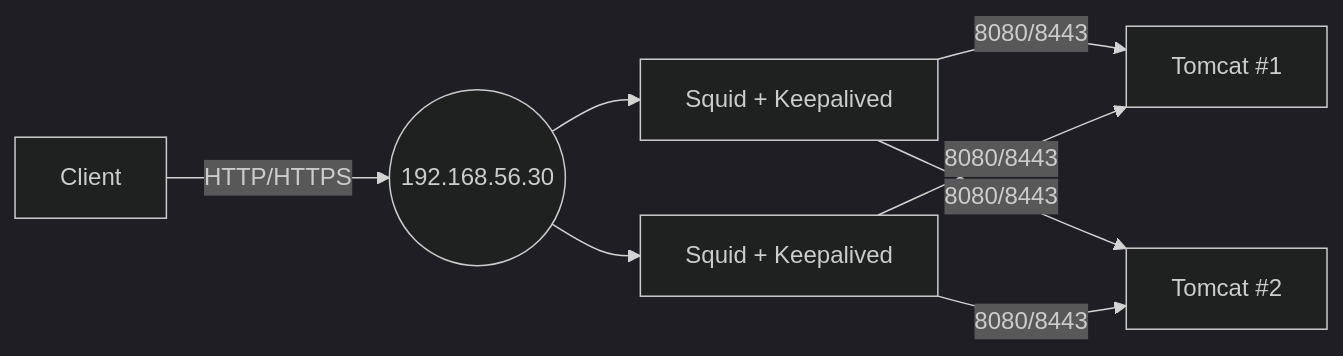
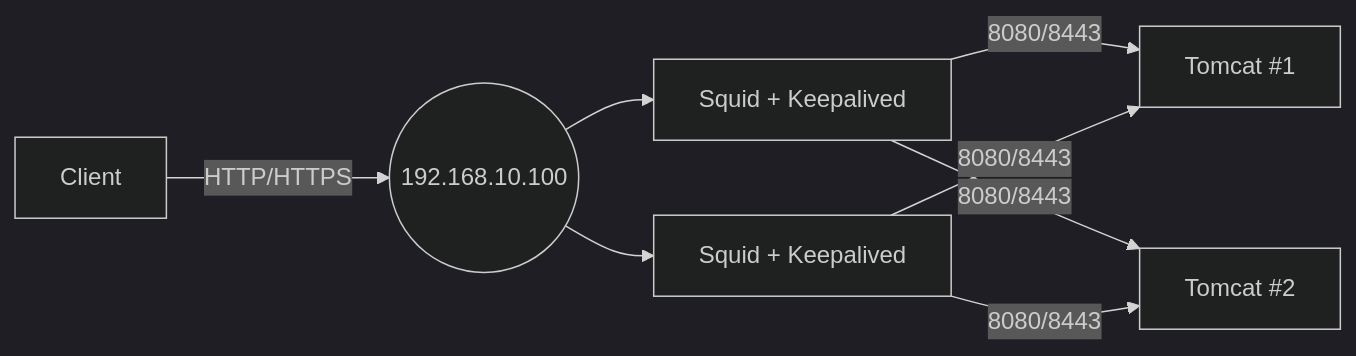
Before and after one commit to Thariniii/Web-Cluster-Demo: the diagram in README.md, drawn with Mermaid (dark theme). The commit also changed other lines of this file, not shown here.

````diff
--- a/README.md
+++ b/README.md
@@ -35,10 +35,10 @@
 ```mermaid
 flowchart LR
-  Client -->|HTTP/HTTPS| VIP((192.168.56.30))
+  Client -->|HTTP/HTTPS| VIP((192.168.10.100))
   VIP --> LB1[Squid + Keepalived]
   VIP --> LB2[Squid + Keepalived]
-  LB1 -->|8080/8443| App1[Tomcat #1]
-  LB1 -->|8080/8443| App2[Tomcat #2]
-  LB2 -->|8080/8443| App1
-  LB2 -->|8080/8443| App2
+  LB1 -->|8080/8443| UbuntuServer1[Tomcat #1]
+  LB1 -->|8080/8443| UbuntuServer2[Tomcat #2]
+  LB2 -->|8080/8443| UbuntuServer1
+  LB2 -->|8080/8443| UbuntuServer2
 ```
````
